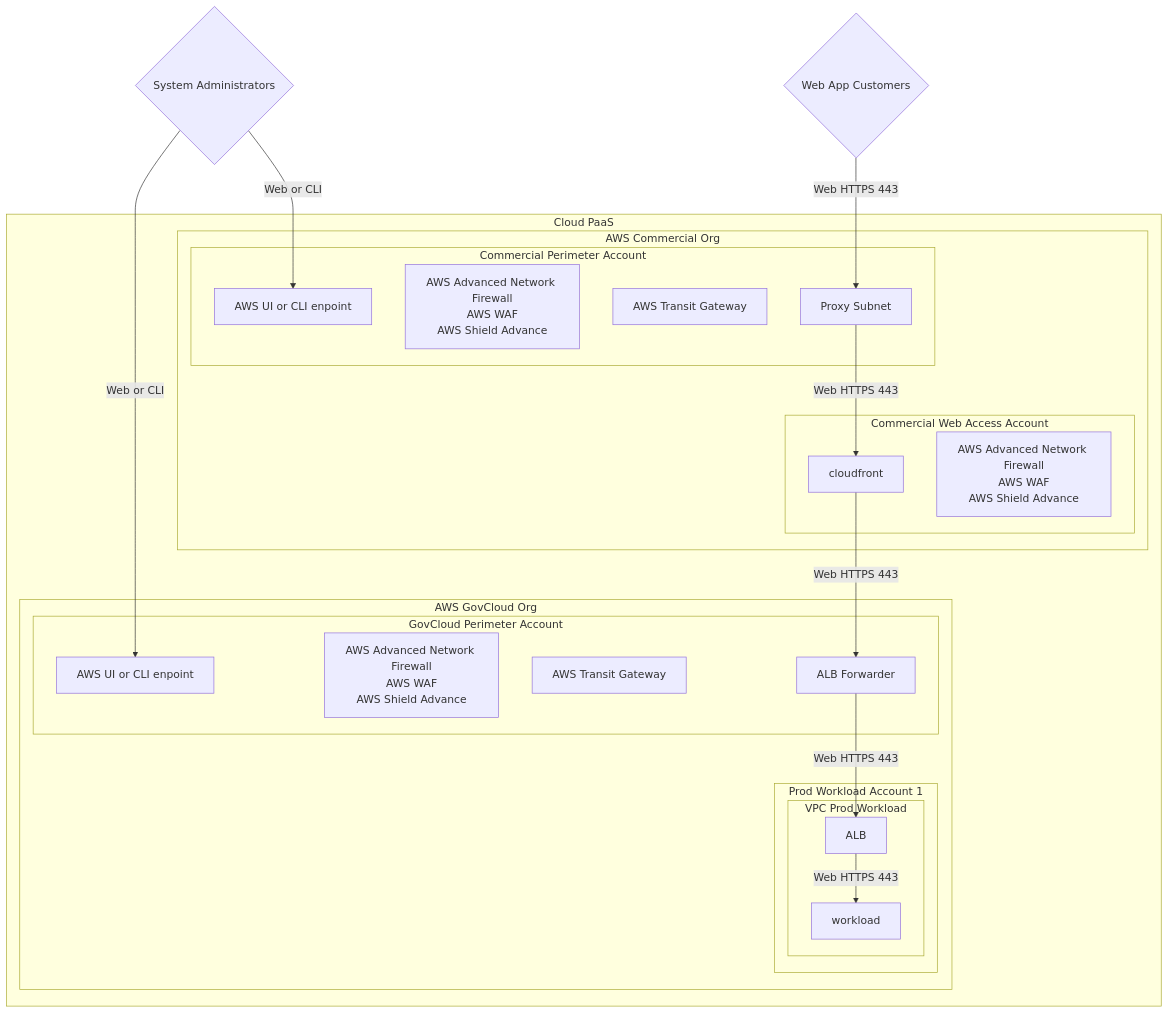
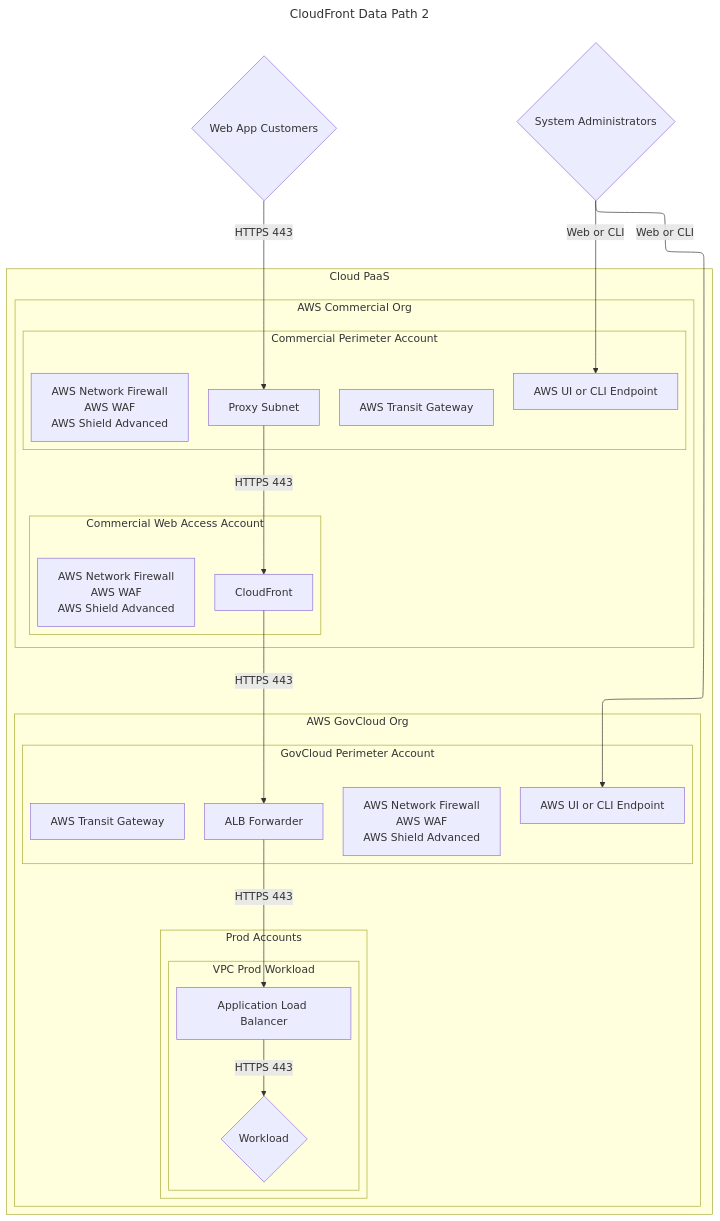
One commit to MyNameIsMissing/example-projects changed the diagram in mermaid_diagrams/cloudfront-data-path2.mmd. Above: the diagram before and after it, drawn with Mermaid. The commit also changed 1 other file, not shown here.

```diff
--- a/mermaid_diagrams/cloudfront-data-path2.mmd
+++ b/mermaid_diagrams/cloudfront-data-path2.mmd
@@ -1,49 +1,50 @@
-%%CF fronted by Perimeter
+---
+title: CloudFront Data Path 2
+theme: base
+config:
+  layout: elk
+  elk:
+    mergeEdges: true
+---
 
-flowchart TD
+flowchart TB
 
 %%External entities or services
 customer{Web App Customers}
 admin{System Administrators}
 
 %%Accreditation boundary
 subgraph Cloud PaaS
   subgraph AWS Commercial Org
     subgraph Commercial Web Access Account
-      cloudfront[cloudfront]
-      awsnetfirewallWeb[AWS Advanced Network Firewall<br>AWS WAF<br>AWS Shield Advance]
+      cloudfront[CloudFront]
+      awsnetfirewallWeb[AWS Network Firewall<br>AWS WAF<br>AWS Shield Advanced]
     end
     subgraph Commercial Perimeter Account
-      awsEndpointCom[AWS UI or CLI enpoint]
-      awsnetfirewallPer[AWS Advanced Network Firewall<br>AWS WAF<br>AWS Shield Advance]
+      awsEndpointCom[AWS UI or CLI Endpoint]
+      awsnetfirewallPer[AWS Network Firewall<br>AWS WAF<br>AWS Shield Advanced]
       awsXit[AWS Transit Gateway]
       proxySubnet[Proxy Subnet]
     end
   end
 
   subgraph AWS GovCloud Org
-      subgraph GovCloud Perimeter Account
-      awsEndpointGov[AWS UI or CLI enpoint]
-      awsnetfirewallGov[AWS Advanced Network Firewall<br>AWS WAF<br>AWS Shield Advance]
+    subgraph GovCloud Perimeter Account
+      awsEndpointGov[AWS UI or CLI Endpoint]
+      awsnetfirewallGov[AWS Network Firewall<br>AWS WAF<br>AWS Shield Advanced]
       awsXitGov[AWS Transit Gateway]
       albForwarderGov[ALB Forwarder]
+    end
+    subgraph Prod Accounts
+      subgraph VPC Prod Workload
+        wALB1[Application Load Balancer]
+        workload1{Workload}
       end
-      subgraph prod1[Prod Workload Account 1]
-        subgraph VPC Prod Workload
-          wALB1[ALB]
-          workload1[workload]
-        end
-      end
-
+    end
   end
-
 end
 
 %%Connections
-customer -- Web HTTPS 443 --> proxySubnet
-proxySubnet -- Web HTTPS 443 --> cloudfront
-cloudfront -- Web HTTPS 443 --> albForwarderGov
-albForwarderGov  -- Web HTTPS 443 --> wALB1
-wALB1 -- Web HTTPS 443 --> workload1
-admin -- Web or CLI --> awsEndpointCom
-admin -- Web or CLI --> awsEndpointGov
+customer -->|HTTPS 443| proxySubnet -->|HTTPS 443| cloudfront -->|HTTPS 443| albForwarderGov -->|HTTPS 443| wALB1 -->|HTTPS 443| workload1
+admin -->|Web or CLI| awsEndpointCom
+admin -->|Web or CLI| awsEndpointGov
```
